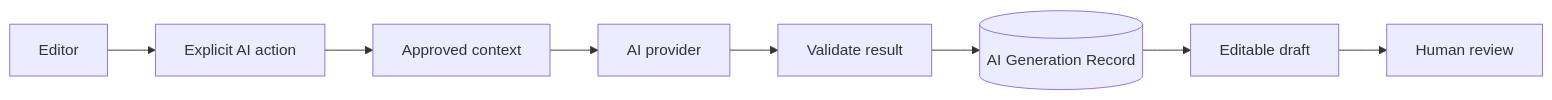
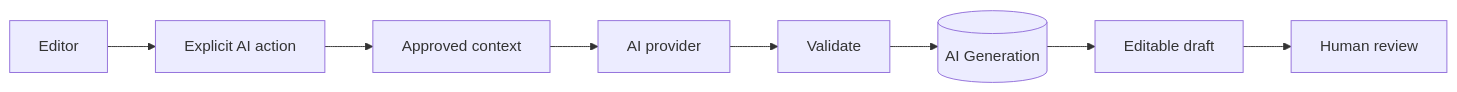
Before and after one commit to YounasKhan2/living-journal: the fifth of 5 diagrams in docs/ARCHITECTURE.md, drawn with Mermaid. The commit also changed other lines of this file, not shown here.

````diff
--- a/docs/ARCHITECTURE.md
+++ b/docs/ARCHITECTURE.md
@@ -205,10 +240,10 @@
 ```mermaid
 flowchart LR
   Editor --> Action[Explicit AI action]
   Action --> Context[Approved context]
   Context --> Provider[AI provider]
-  Provider --> Validate[Validate result]
-  Validate --> Generation[(AI Generation Record)]
+  Provider --> Validate
+  Validate --> Generation[(AI Generation)]
   Generation --> Draft[Editable draft]
   Draft --> Review[Human review]
 ```
````
